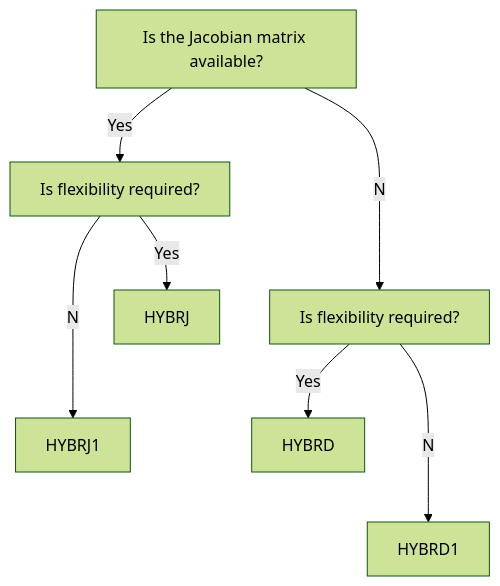
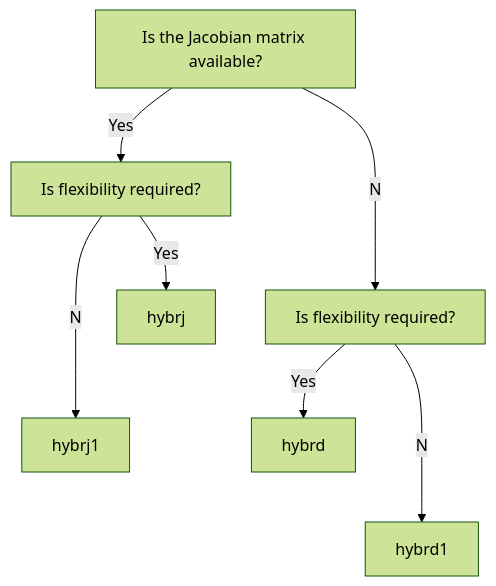
One commit to fortran-lang/minpack changed the first of 2 diagrams in README.md. Above: the diagram before and after it, drawn with Mermaid (forest theme). The commit also changed other lines of this file, not shown here.

````diff
--- a/README.md
+++ b/README.md
@@ -29,10 +29,10 @@
 ```mermaid
 flowchart TB
 	start[Is the Jacobian matrix available?]
 	start--Yes-->middle1[Is flexibility required?]
 	start--No-->middle2[Is flexibility required?]
-	middle1--Yes-->b1[HYBRJ]
-	middle1--No-->b2[HYBRJ1]
-	middle2--Yes-->b3[HYBRD]
-	middle2--No-->b4[HYBRD1]
+	middle1--Yes-->b1[hybrj]
+	middle1--No-->b2[hybrj1]
+	middle2--Yes-->b3[hybrd]
+	middle2--No-->b4[hybrd1]
 ```
````
